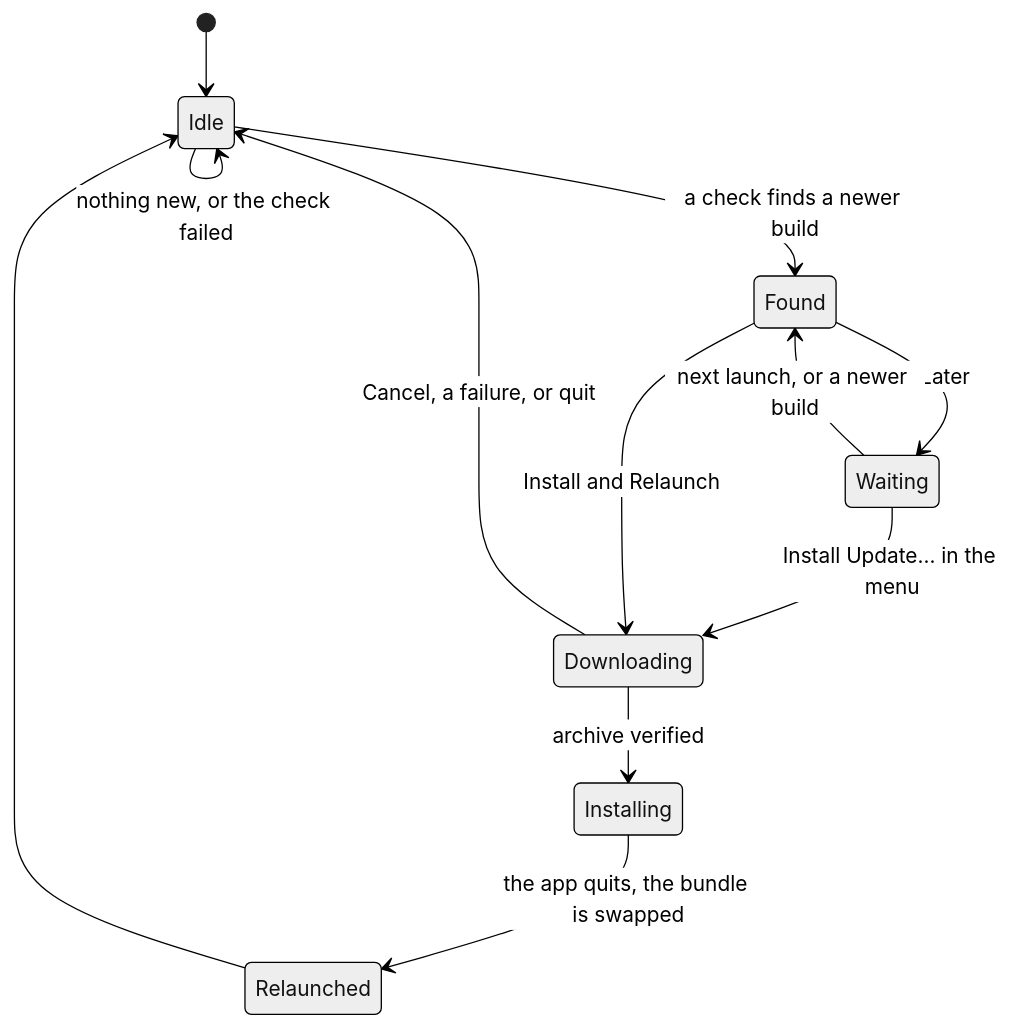
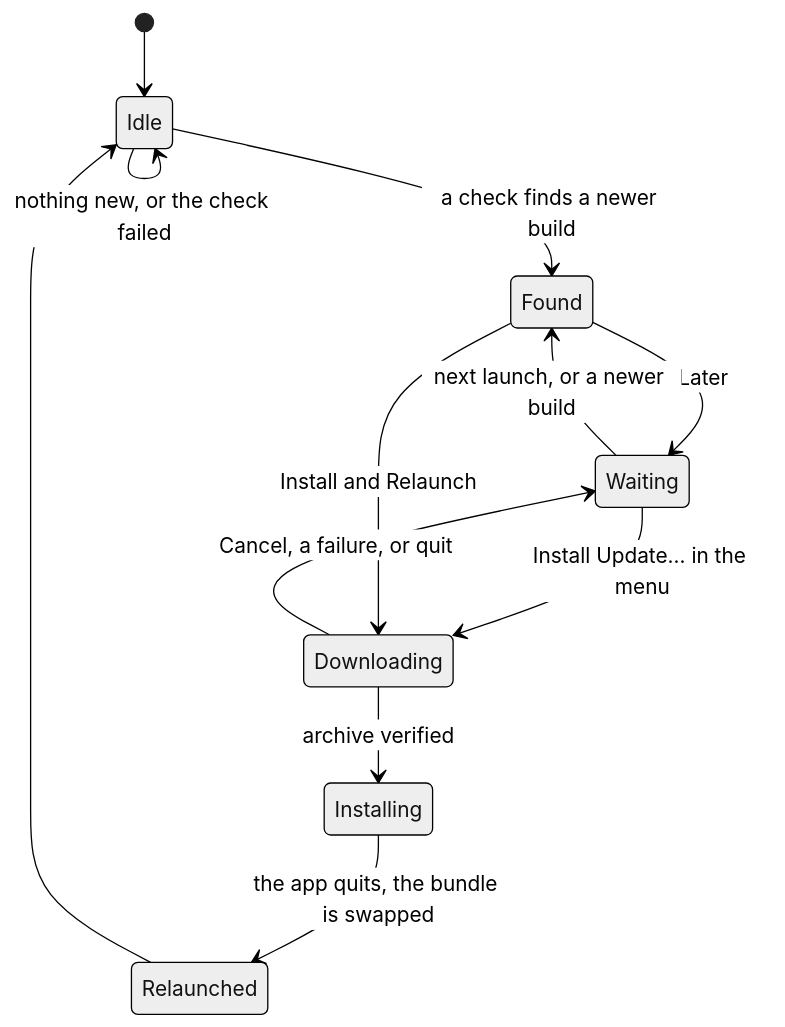
Before and after one commit to tampopogk/kanna: the first of 3 diagrams in docs/specs/auto-update.md, drawn with Mermaid (neutral theme). The commit also changed other lines of this file and 22 other files, not shown here.

````diff
--- a/docs/specs/auto-update.md
+++ b/docs/specs/auto-update.md
@@ -75,14 +75,14 @@
 ```mermaid
 stateDiagram-v2
     [*] --> Idle
     Idle --> Found: a check finds a newer build
     Idle --> Idle: nothing new, or the check failed
     Found --> Waiting: Later
     Waiting --> Found: next launch, or a newer build
     Waiting --> Downloading: Install Update… in the menu
     Found --> Downloading: Install and Relaunch
-    Downloading --> Idle: Cancel, a failure, or quit
+    Downloading --> Waiting: Cancel, a failure, or quit
     Downloading --> Installing: archive verified
     Installing --> Relaunched: the app quits, the bundle is swapped
     Relaunched --> Idle
 ```
````
